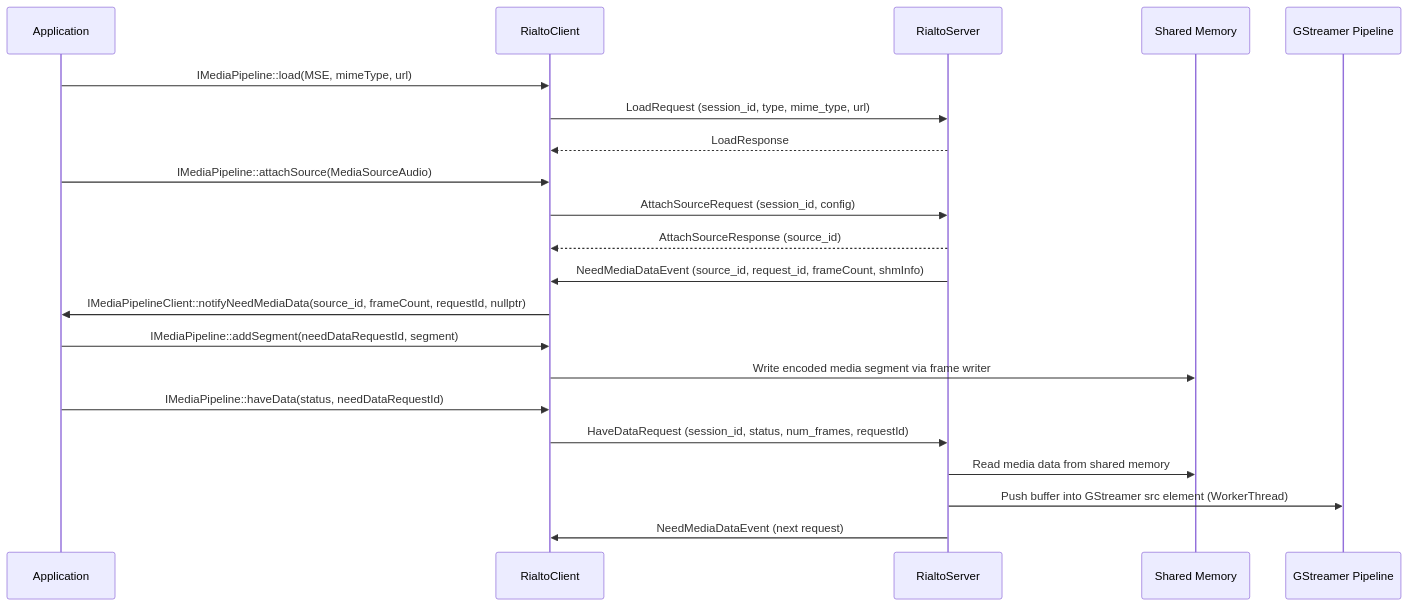
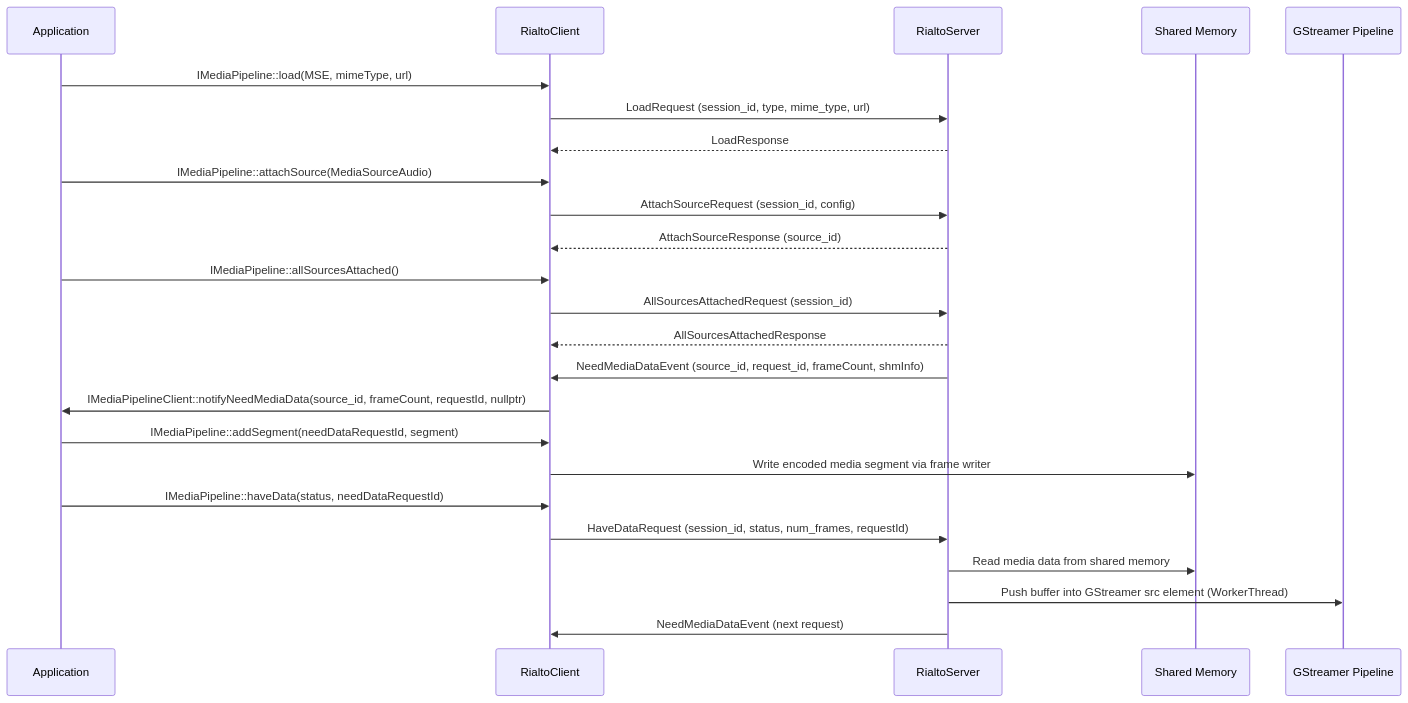
One commit to rdkcentral/rialto changed the fifth of 7 diagrams in docs/README.md. Above: the diagram before and after it, drawn with Mermaid. The commit also changed other lines of this file, not shown here.

````diff
--- a/docs/README.md
+++ b/docs/README.md
@@ -235,24 +235,27 @@
 ```mermaid
 sequenceDiagram
     participant App as Application
     participant RC as RialtoClient
     participant RS as RialtoServer
     participant SHM as Shared Memory
     participant GST as GStreamer Pipeline
 
     App->>RC: IMediaPipeline::load(MSE, mimeType, url)
     RC->>RS: LoadRequest (session_id, type, mime_type, url)
     RS-->>RC: LoadResponse
     App->>RC: IMediaPipeline::attachSource(MediaSourceAudio)
     RC->>RS: AttachSourceRequest (session_id, config)
     RS-->>RC: AttachSourceResponse (source_id)
+    App->>RC: IMediaPipeline::allSourcesAttached()
+    RC->>RS: AllSourcesAttachedRequest (session_id)
+    RS-->>RC: AllSourcesAttachedResponse
     RS->>RC: NeedMediaDataEvent (source_id, request_id, frameCount, shmInfo)
     RC->>App: IMediaPipelineClient::notifyNeedMediaData(source_id, frameCount, requestId, nullptr)
     App->>RC: IMediaPipeline::addSegment(needDataRequestId, segment)
     RC->>SHM: Write encoded media segment via frame writer
     App->>RC: IMediaPipeline::haveData(status, needDataRequestId)
     RC->>RS: HaveDataRequest (session_id, status, num_frames, requestId)
     RS->>SHM: Read media data from shared memory
     RS->>GST: Push buffer into GStreamer src element (WorkerThread)
     RS->>RC: NeedMediaDataEvent (next request)
 ```
````
